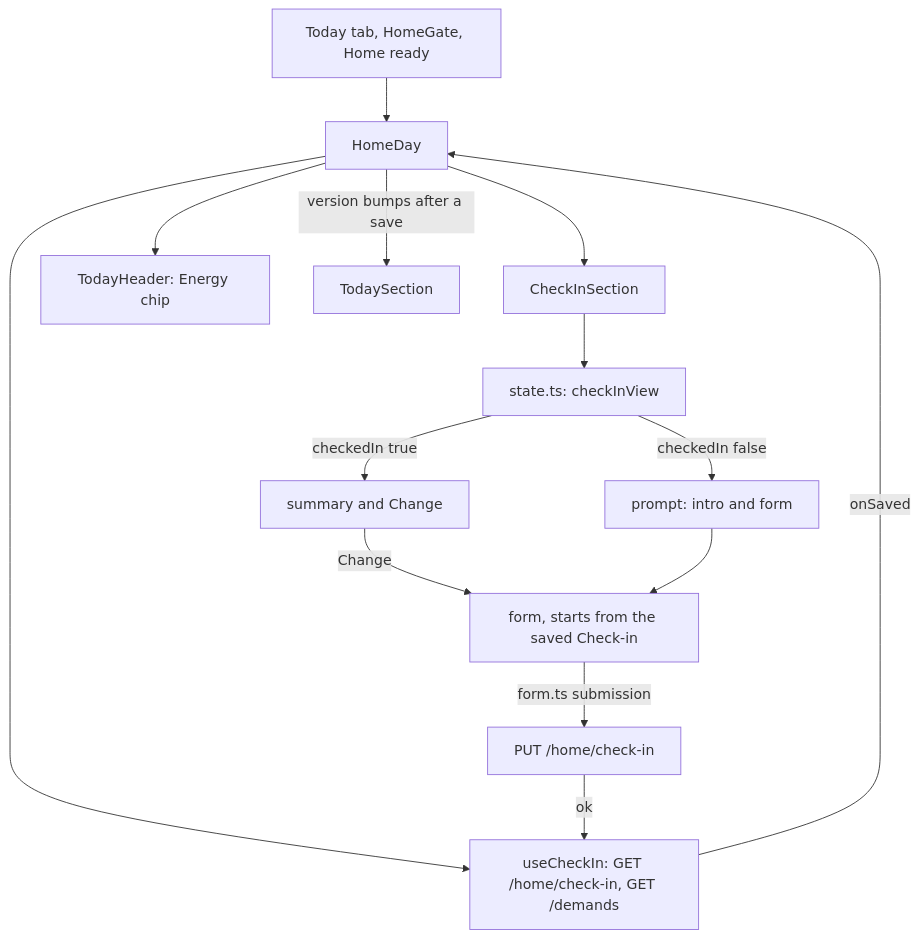
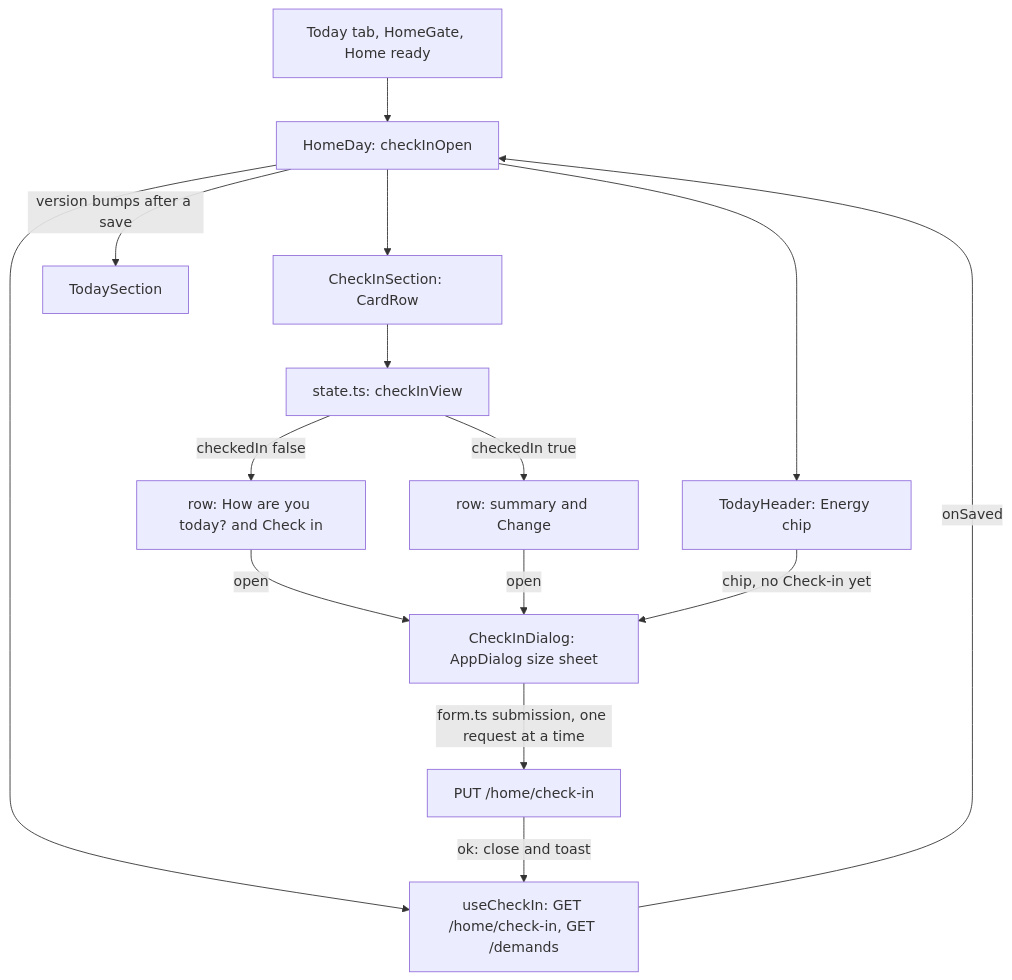
Before and after one commit to AbnerWillclefy/Homeowner: the ninth of 10 diagrams in docs/architecture/web.md, drawn with Mermaid. The commit also changed other lines of this file and 7 other files, not shown here.

Commit message:
feat(checkin): open the check-in as a dialog from a compact row on today

````diff
--- a/docs/architecture/web.md
+++ b/docs/architecture/web.md
@@ -345,16 +345,17 @@
 ```mermaid
 flowchart TD
-    HS[Today tab, HomeGate, Home ready] --> HD[HomeDay]
+    HS[Today tab, HomeGate, Home ready] --> HD[HomeDay: checkInOpen]
     HD --> UC[useCheckIn: GET /home/check-in, GET /demands]
-    HD --> CS[CheckInSection]
+    HD --> CS[CheckInSection: CardRow]
     HD --> TH[TodayHeader: Energy chip]
     HD -->|version bumps after a save| TS[TodaySection]
     CS --> V[state.ts: checkInView]
-    V -->|checkedIn false| P[prompt: intro and form]
-    V -->|checkedIn true| SUM[summary and Change]
-    SUM -->|Change| F[form, starts from the saved Check-in]
-    P --> F
-    F -->|form.ts submission| PUT[PUT /home/check-in]
-    PUT -->|ok| UC
+    V -->|checkedIn false| P[row: How are you today? and Check in]
+    V -->|checkedIn true| SUM[row: summary and Change]
+    P -->|open| D[CheckInDialog: AppDialog size sheet]
+    SUM -->|open| D
+    TH -->|chip, no Check-in yet| D
+    D -->|form.ts submission, one request at a time| PUT[PUT /home/check-in]
+    PUT -->|ok: close and toast| UC
     UC -->|onSaved| HD
 ```
````
